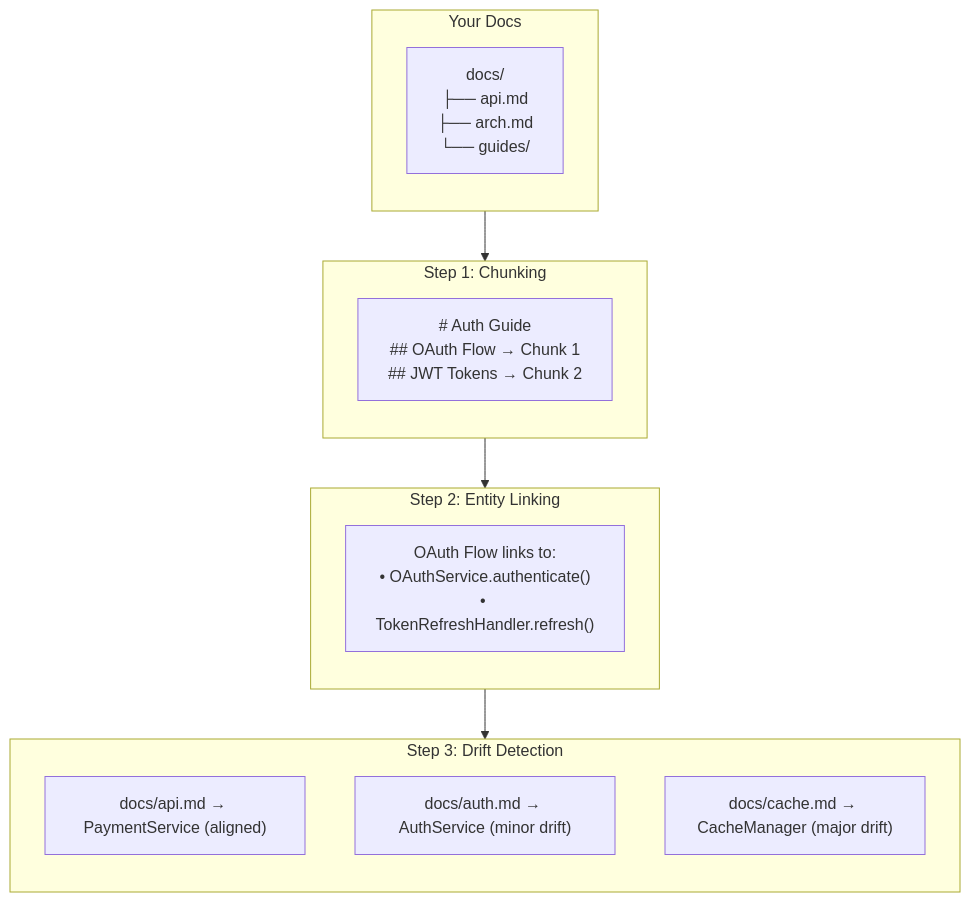
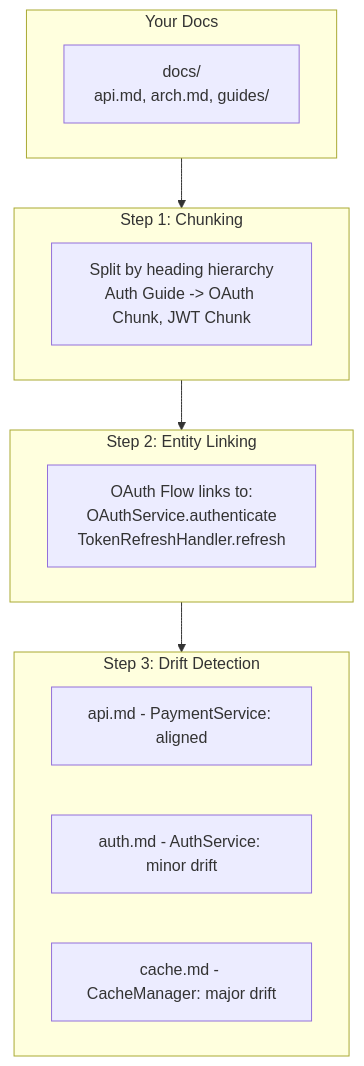
One commit to iAmLakshya/Lattice changed the fourth of 8 diagrams in README.md. Above: the diagram before and after it, drawn with Mermaid. The commit also changed other lines of this file, not shown here.

````diff
--- a/README.md
+++ b/README.md
@@ -394,26 +394,22 @@
 ```mermaid
 flowchart TB
     subgraph docs["Your Docs"]
-        direction TB
-        d1["docs/\n├── api.md\n├── arch.md\n└── guides/"]
+        d1["docs/<br>api.md, arch.md, guides/"]
     end
 
     subgraph step1["Step 1: Chunking"]
-        direction TB
-        s1["# Auth Guide\n## OAuth Flow → Chunk 1\n## JWT Tokens → Chunk 2"]
+        s1["Split by heading hierarchy<br>Auth Guide -> OAuth Chunk, JWT Chunk"]
     end
 
     subgraph step2["Step 2: Entity Linking"]
-        direction TB
-        s2["OAuth Flow links to:\n• OAuthService.authenticate()\n• TokenRefreshHandler.refresh()"]
+        s2["OAuth Flow links to:<br>OAuthService.authenticate<br>TokenRefreshHandler.refresh"]
     end
 
     subgraph step3["Step 3: Drift Detection"]
-        direction TB
-        s3a["docs/api.md → PaymentService (aligned)"]
-        s3b["docs/auth.md → AuthService (minor drift)"]
-        s3c["docs/cache.md → CacheManager (major drift)"]
+        s3a["api.md - PaymentService: aligned"]
+        s3b["auth.md - AuthService: minor drift"]
+        s3c["cache.md - CacheManager: major drift"]
     end
 
     docs --> step1 --> step2 --> step3
 ```
````
